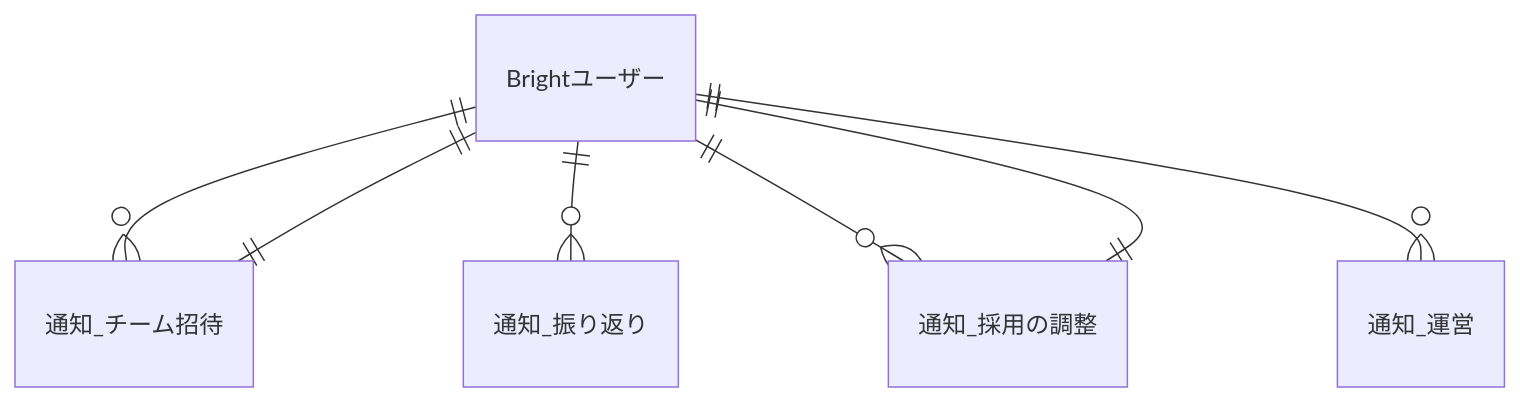
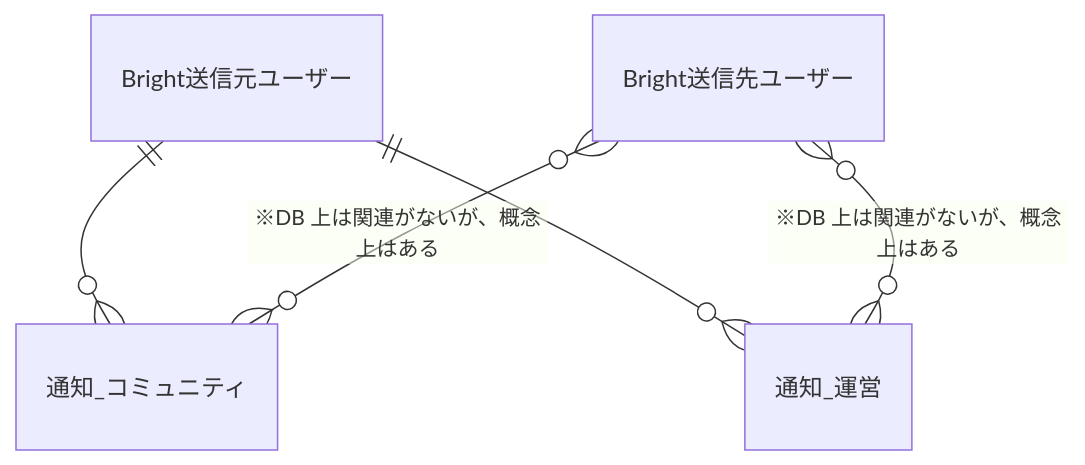
Before and after one commit to bright-org/bright: the third of 4 diagrams in docs/conceptual_schemas/notifications.md, drawn with Mermaid. The commit also changed other lines of this file, not shown here.

````diff
--- a/docs/conceptual_schemas/notifications.md
+++ b/docs/conceptual_schemas/notifications.md
@@ -23,13 +64,8 @@
 ```mermaid
 erDiagram
-  "Brightユーザー" ||--o{ "通知_チーム招待" : ""
-  "通知_チーム招待" ||--|| "Brightユーザー" : ""
+  "Bright送信元ユーザー" ||--o{ "通知_コミュニティ" : ""
+  "Bright送信先ユーザー" }o--o{ "通知_コミュニティ" : "※DB 上は関連がないが、概念上はある"
 
-  "Brightユーザー" ||--o{ "通知_振り返り" : ""
-
-  "Brightユーザー" ||--o{ "通知_採用の調整" : ""
-  "通知_採用の調整" ||--|| "Brightユーザー" : ""
-
-  "Brightユーザー" ||--o{ "通知_運営" : ""
-
+  "Bright送信元ユーザー" ||--o{ "通知_運営" : ""
+  "Bright送信先ユーザー" }o--o{ "通知_運営" : "※DB 上は関連がないが、概念上はある"
 ```
````
